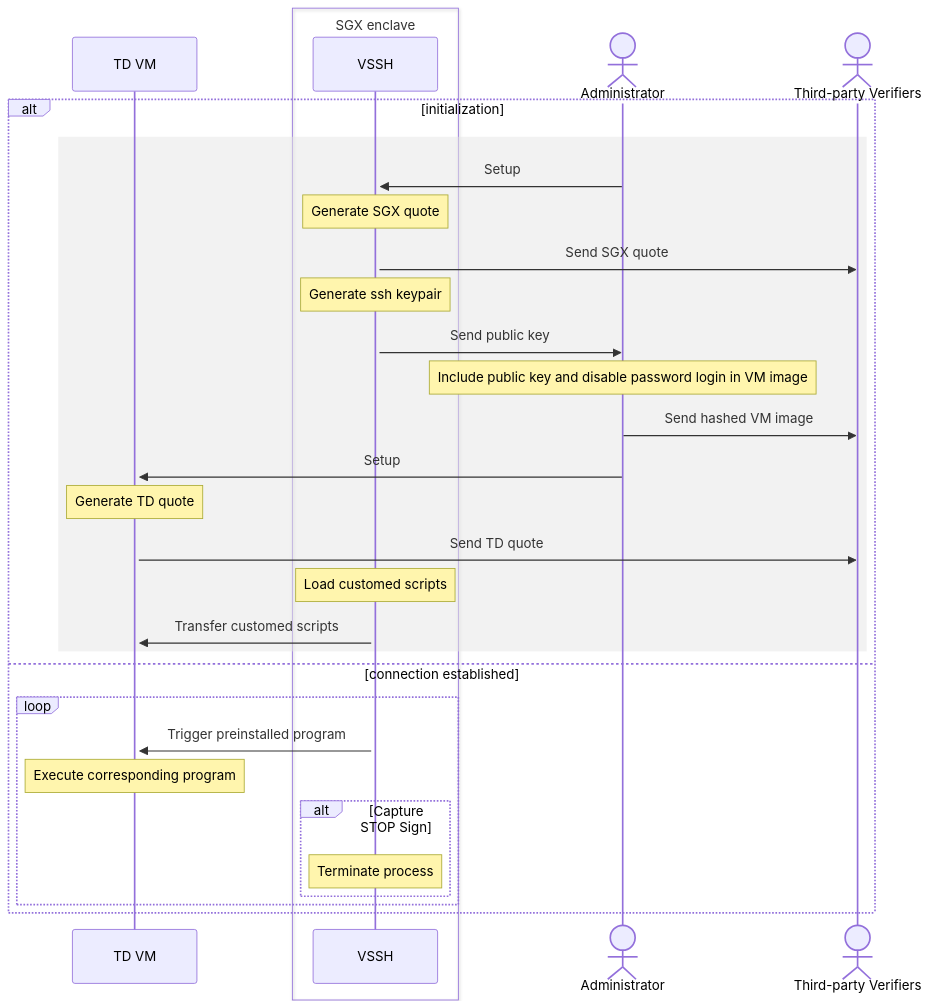
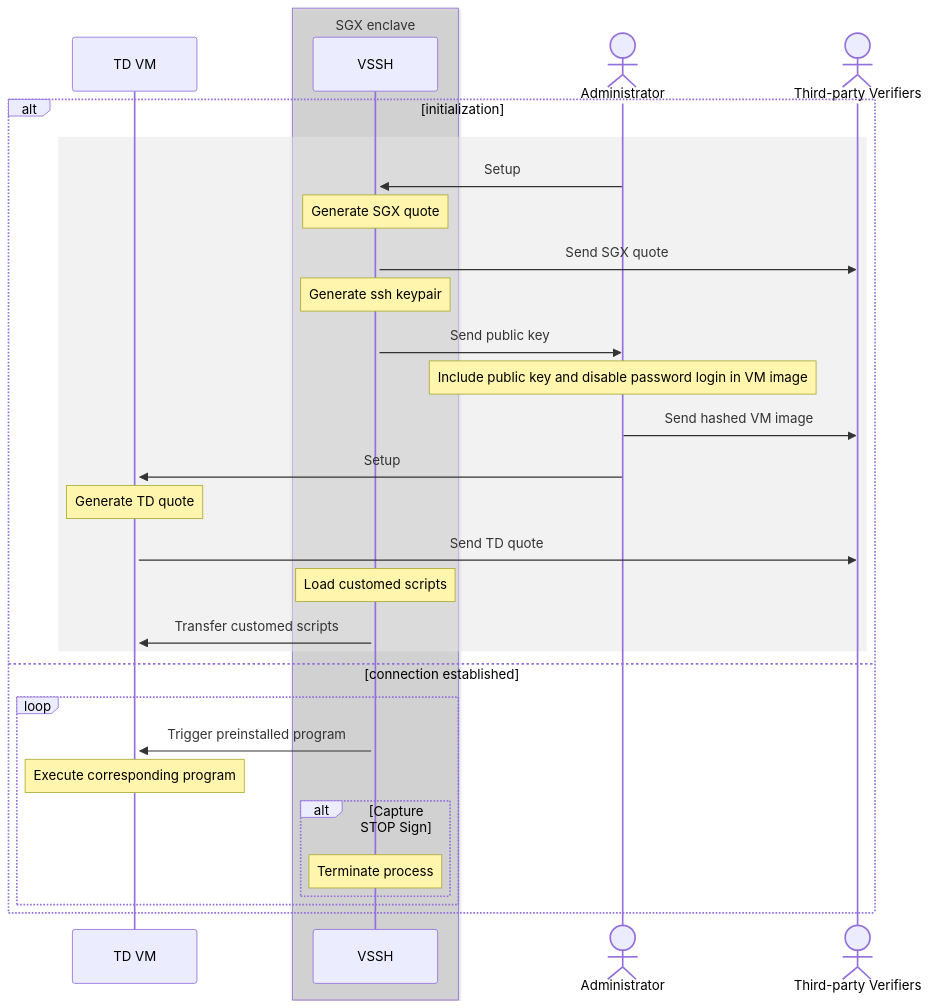
Before and after one commit to elvis77-op/Verifiable_SSH: the diagram in README.md, drawn with Mermaid.

````diff
--- a/README.md
+++ b/README.md
@@ -15,35 +15,35 @@
 ```mermaid
 sequenceDiagram
     participant TDVM as TD VM
-    box transparent SGX enclave
+    box rgb(200,200,200,0.5) SGX enclave
         participant VSSH as VSSH
     end
     actor ADMIN as Administrator
     actor VF as Third-party Verifiers
 
     alt initialization
     rect rgb(230,230,230,0.5)
         ADMIN->>+VSSH: Setup
         Note over VSSH: Generate SGX quote
         VSSH->>VF: Send SGX quote
         Note over VSSH: Generate ssh keypair
         VSSH->>ADMIN: Send public key
         Note over ADMIN: Include public key and disable password login in VM image
         ADMIN->>VF: Send hashed VM image
         ADMIN->>+TDVM: Setup
         Note over TDVM: Generate TD quote
         TDVM->>VF: Send TD quote
         Note over VSSH: Load customed scripts 
         VSSH->>TDVM: Transfer customed scripts
     end
 
     else connection established
         loop 
             VSSH->>TDVM: Trigger preinstalled program
             Note over TDVM: Execute corresponding program
             alt Capture STOP Sign
             Note over VSSH: Terminate process
             end
         end
     end
 ```
````
